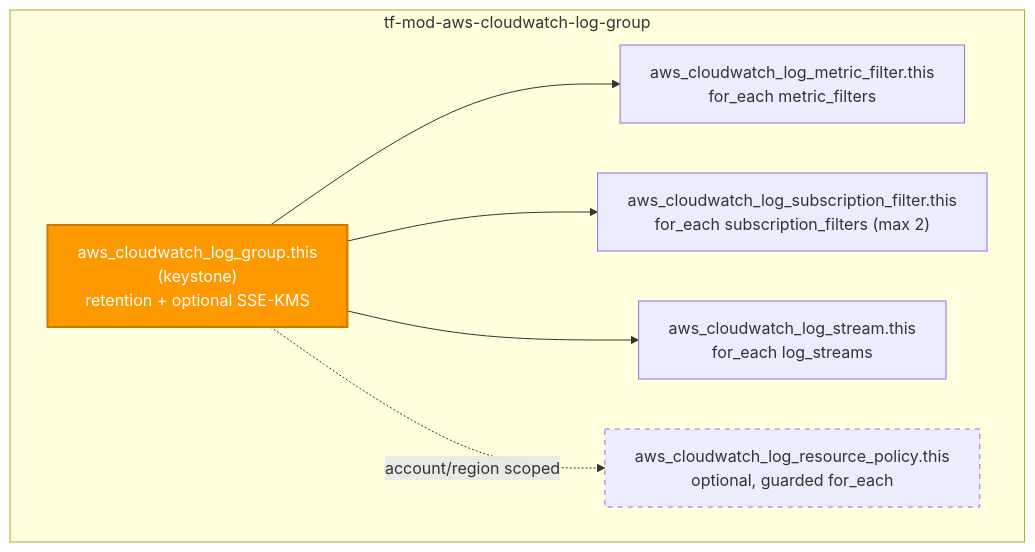
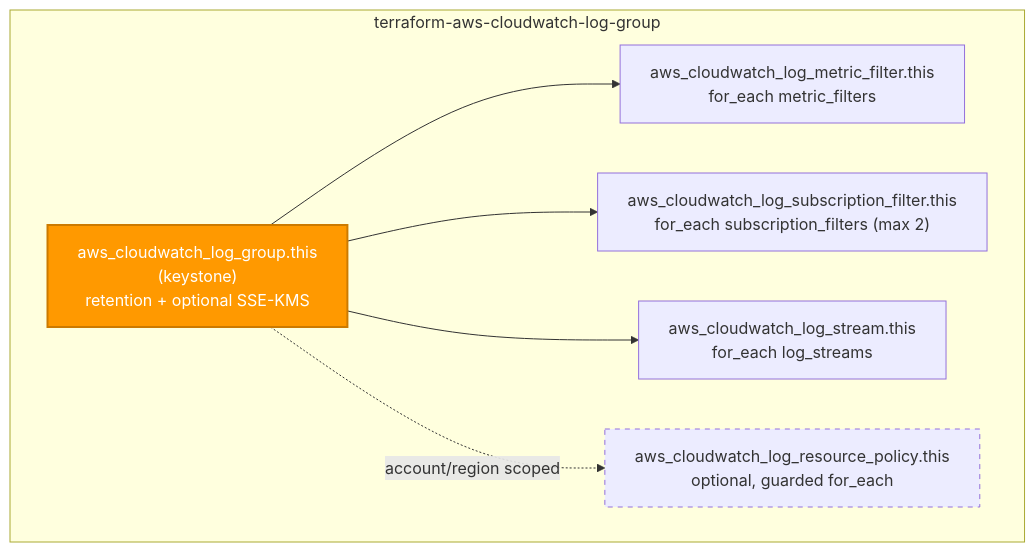
One commit to microsoftexpert/terraform-aws-cloudwatch-log-group changed the second of 2 diagrams in README.md. Above: the diagram before and after it, drawn with Mermaid. The commit also changed other lines of this file and 2 other files, not shown here.

````diff
--- a/README.md
+++ b/README.md
@@ -71,18 +71,18 @@
 ```mermaid
 flowchart TD
- subgraph mod["tf-mod-aws-cloudwatch-log-group"]
+ subgraph mod["terraform-aws-cloudwatch-log-group"]
  lg["aws_cloudwatch_log_group.this<br/>(keystone)<br/>retention + optional SSE-KMS"]
  mf["aws_cloudwatch_log_metric_filter.this<br/>for_each metric_filters"]
  sf["aws_cloudwatch_log_subscription_filter.this<br/>for_each subscription_filters (max 2)"]
  ls["aws_cloudwatch_log_stream.this<br/>for_each log_streams"]
  rp["aws_cloudwatch_log_resource_policy.this<br/>optional, guarded for_each"]
  end
 
  lg --> mf
  lg --> sf
  lg --> ls
  lg -. account/region scoped.-> rp
 
  style lg fill:#FF9900,color:#fff,stroke:#cc7a00,stroke-width:2px
  style rp stroke-dasharray: 5 5
 ```
````
